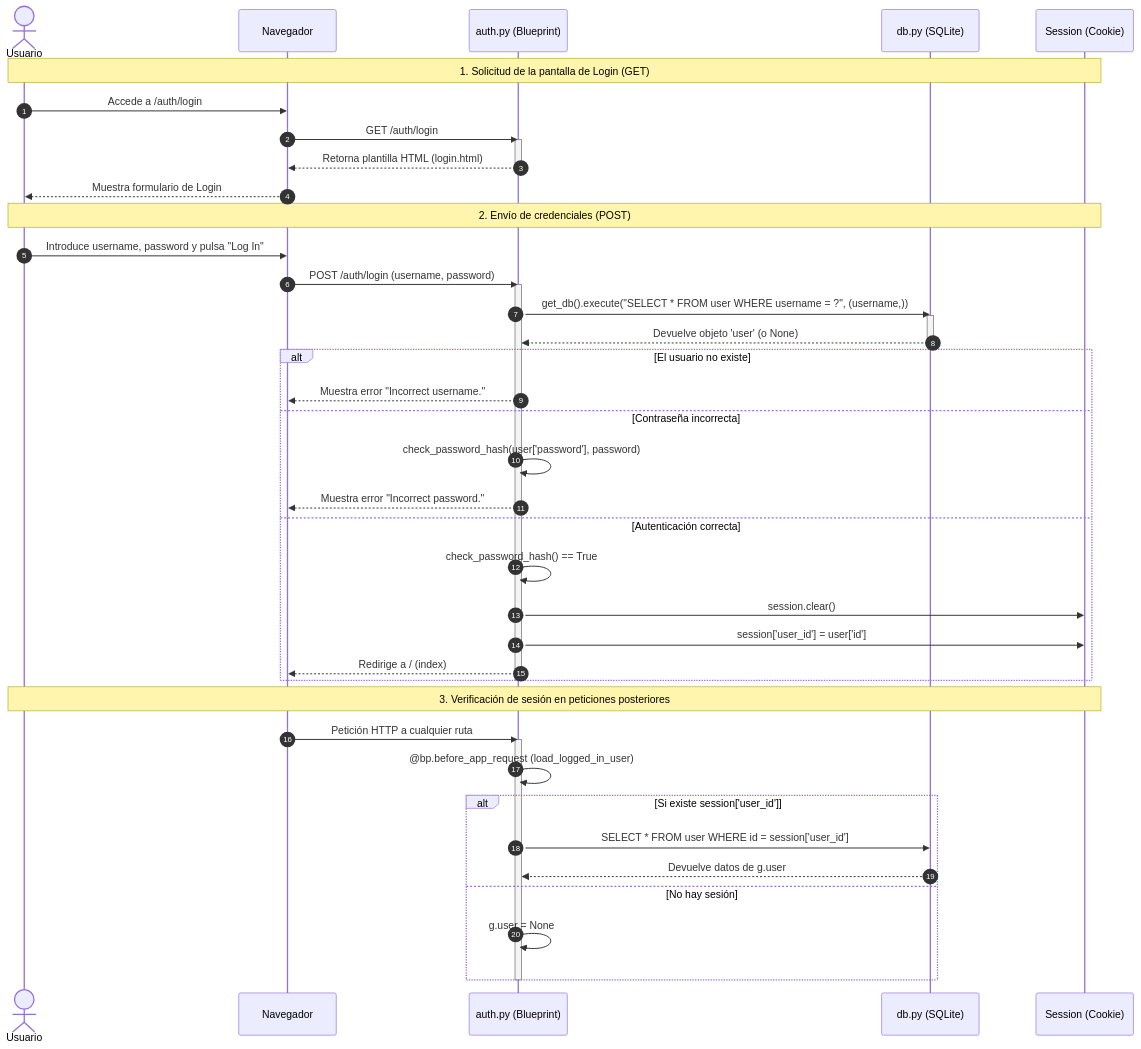
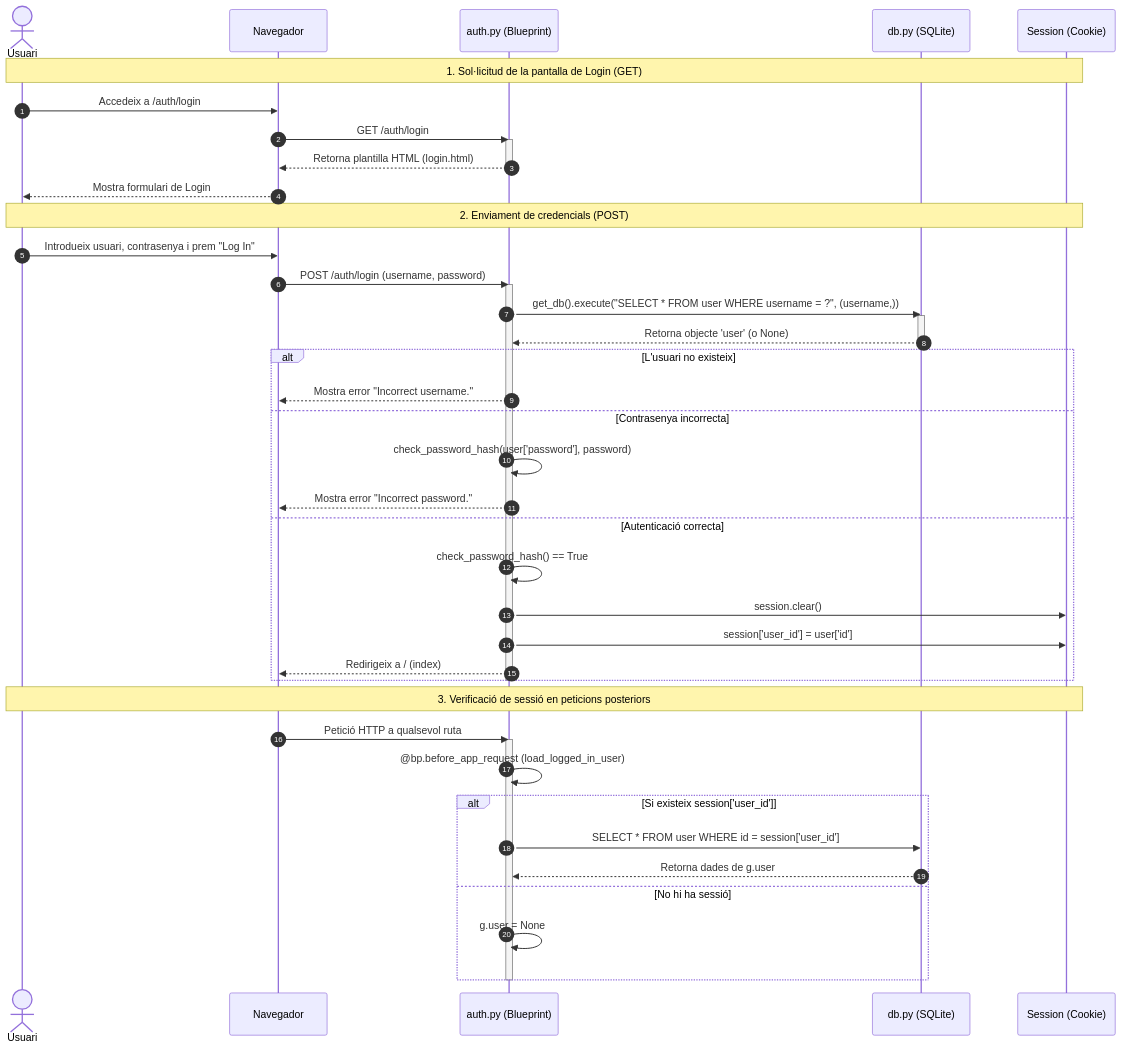
One commit to valerioc9/BlogFlaskTutorial changed the second of 2 diagrams in doc/diagsequencia.md. Above: the diagram before and after it, drawn with Mermaid. The commit also changed other lines of this file, not shown here.

Commit message:
Prueba10

````diff
--- a/doc/diagsequencia.md
+++ b/doc/diagsequencia.md
@@ -53,52 +53,52 @@
 ```mermaid
 sequenceDiagram
     autonumber
-    actor Usuario
+    actor Usuari
     participant Navegador
     participant Auth as auth.py (Blueprint)
     participant DB as db.py (SQLite)
     participant Session as Session (Cookie)
 
-    Note over Usuario, Session: 1. Solicitud de la pantalla de Login (GET)
-    Usuario->>Navegador: Accede a /auth/login
+    Note over Usuari, Session: 1. Sol·licitud de la pantalla de Login (GET)
+    Usuari->>Navegador: Accedeix a /auth/login
     Navegador->>Auth: GET /auth/login
     activate Auth
     Auth-->>Navegador: Retorna plantilla HTML (login.html)
     deactivate Auth
-    Navegador-->>Usuario: Muestra formulario de Login
+    Navegador-->>Usuari: Mostra formulari de Login
 
-    Note over Usuario, Session: 2. Envío de credenciales (POST)
-    Usuario->>Navegador: Introduce username, password y pulsa "Log In"
+    Note over Usuari, Session: 2. Enviament de credencials (POST)
+    Usuari->>Navegador: Introdueix usuari, contrasenya i prem "Log In"
     Navegador->>Auth: POST /auth/login (username, password)
     activate Auth
 
     Auth->>DB: get_db().execute("SELECT * FROM user WHERE username = ?", (username,))
     activate DB
-    DB-->>Auth: Devuelve objeto 'user' (o None)
+    DB-->>Auth: Retorna objecte 'user' (o None)
     deactivate DB
 
-    alt El usuario no existe
-        Auth-->>Navegador: Muestra error "Incorrect username."
-    else Contraseña incorrecta
+    alt L'usuari no existeix
+        Auth-->>Navegador: Mostra error "Incorrect username."
+    else Contrasenya incorrecta
         Auth->>Auth: check_password_hash(user['password'], password)
-        Auth-->>Navegador: Muestra error "Incorrect password."
-    else Autenticación correcta
+        Auth-->>Navegador: Mostra error "Incorrect password."
+    else Autenticació correcta
         Auth->>Auth: check_password_hash() == True
         Auth->>Session: session.clear()
         Auth->>Session: session['user_id'] = user['id']
-        Auth-->>Navegador: Redirige a / (index)
+        Auth-->>Navegador: Redirigeix a / (index)
     end
     deactivate Auth
 
-    Note over Usuario, Session: 3. Verificación de sesión en peticiones posteriores
-    Navegador->>Auth: Petición HTTP a cualquier ruta
+    Note over Usuari, Session: 3. Verificació de sessió en peticions posteriors
+    Navegador->>Auth: Petició HTTP a qualsevol ruta
     activate Auth
     Auth->>Auth: @bp.before_app_request (load_logged_in_user)
-    alt Si existe session['user_id']
+    alt Si existeix session['user_id']
         Auth->>DB: SELECT * FROM user WHERE id = session['user_id']
-        DB-->>Auth: Devuelve datos de g.user
-    else No hay sesión
+        DB-->>Auth: Retorna dades de g.user
+    else No hi ha sessió
         Auth->>Auth: g.user = None
     end
     deactivate Auth
 ```
````
